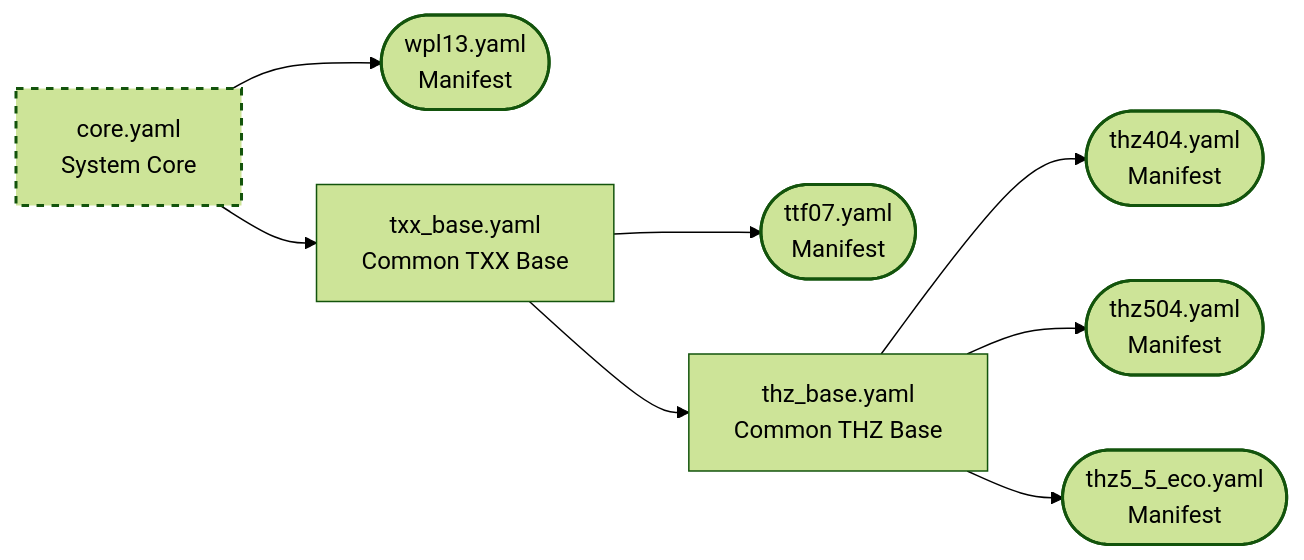
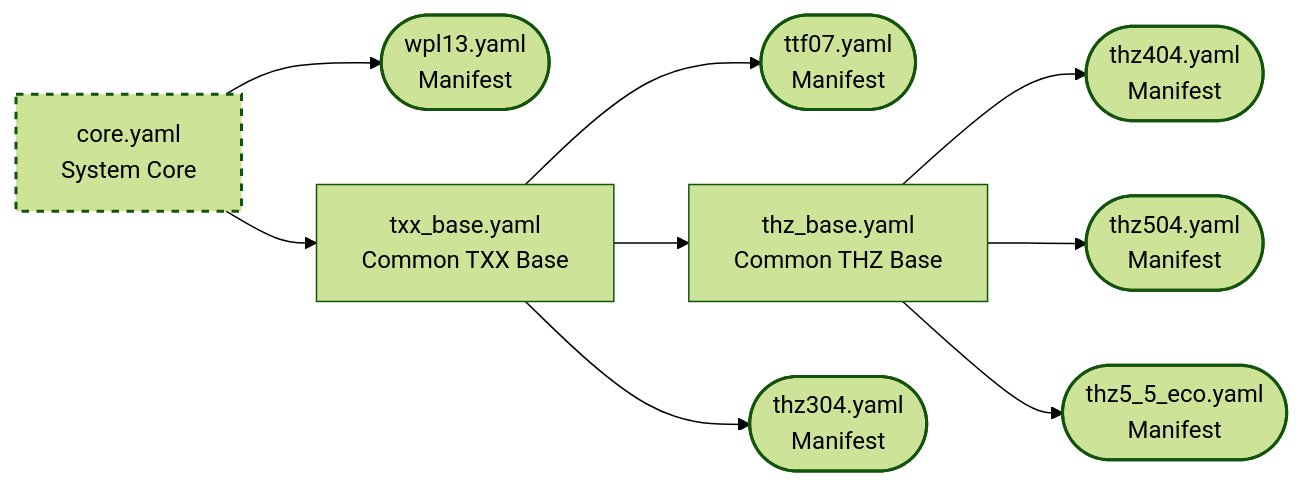
The diagram in README.md (kr0ner/OneESP32ToRuleThemAll), drawn with Mermaid (forest theme) before and after one commit. The commit also changed other lines of this file, not shown here.

````diff
--- a/README.md
+++ b/README.md
@@ -34,19 +51,21 @@
-```mermaid
+~~~mermaid
 flowchart LR
     core[core.yaml<br>System Core] --> wpl13([wpl13.yaml<br>Manifest])
     core --> txx[txx_base.yaml<br>Common TXX Base]
 
     txx --> ttf07([ttf07.yaml<br>Manifest])
     txx --> thz[thz_base.yaml<br>Common THZ Base]
+    txx --> thz304([thz304.yaml<br>Manifest])
 
     thz --> thz404([thz404.yaml<br>Manifest])
     thz --> thz504([thz504.yaml<br>Manifest])
     thz --> thz55([thz5_5_eco.yaml<br>Manifest])
 
     style core stroke-width:2px,stroke-dasharray: 5 5
     style wpl13 stroke-width:2px
     style ttf07 stroke-width:2px
+    style thz304 stroke-width:2px
     style thz404 stroke-width:2px
     style thz504 stroke-width:2px
     style thz55 stroke-width:2px
-```
+~~~
````
